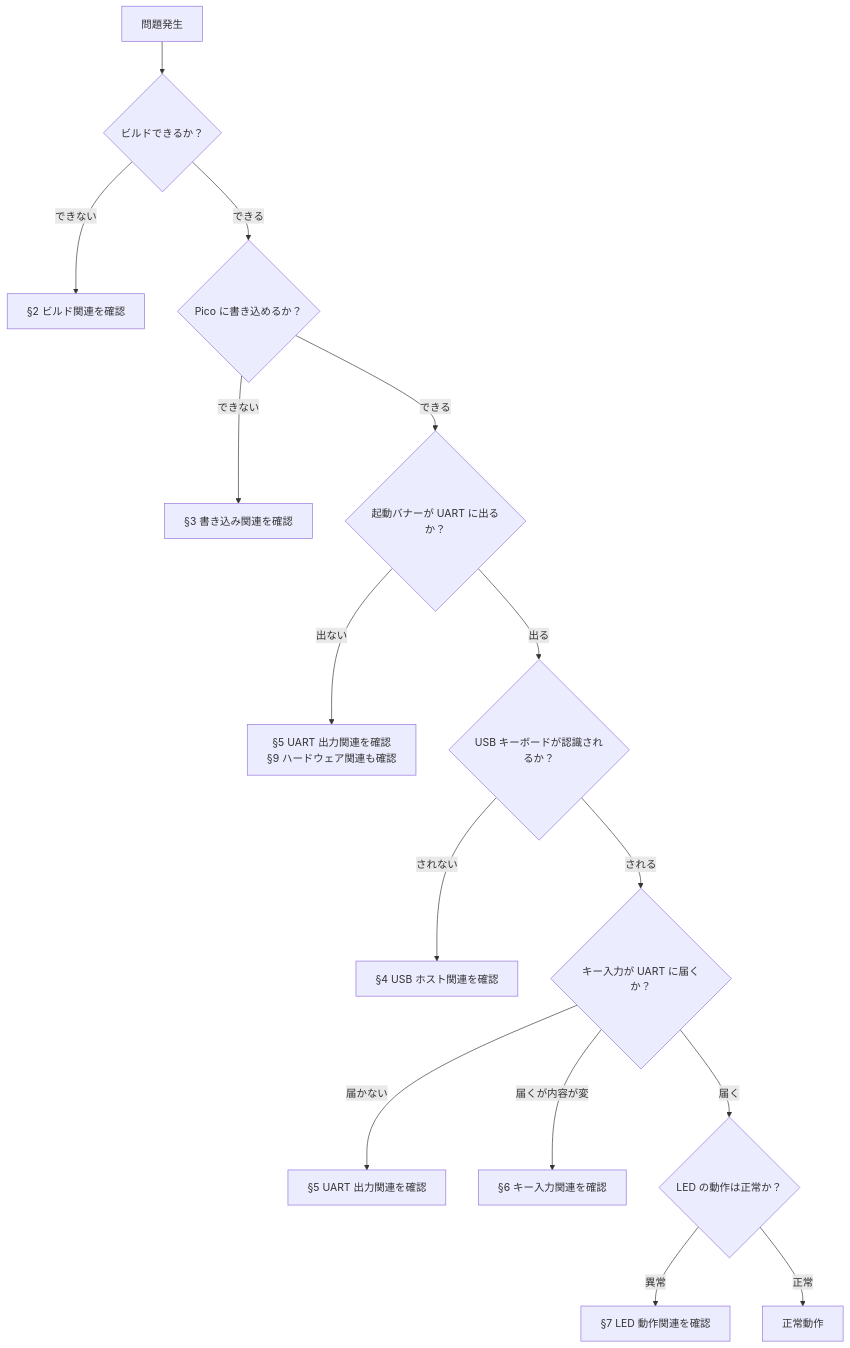
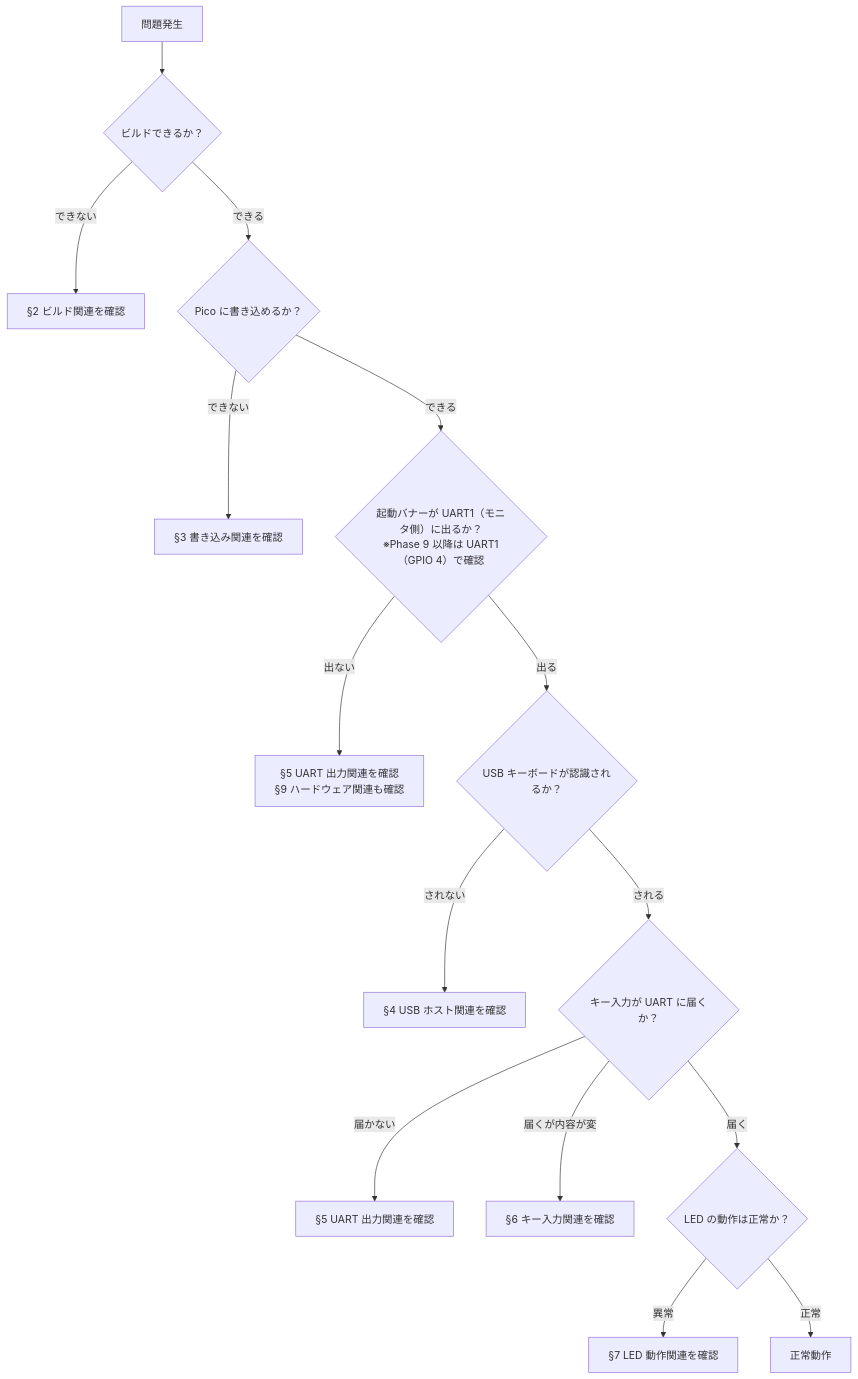
Before and after one commit to kuninet/KKBD-USB: the diagram in docs/manual/07_トラブルシューティング.md, drawn with Mermaid. The commit also changed other lines of this file and 19 other files, not shown here.

First line of the commit message:
Phase 9: UART モニタパススルー + ログ振替 + ローカルエコー JP5

````diff
--- a/docs/manual/07_トラブルシューティング.md
+++ b/docs/manual/07_トラブルシューティング.md
@@ -31,17 +32,17 @@
 ```mermaid
 flowchart TD
     A[問題発生] --> B{ビルドできるか？}
     B -- できない --> C[§2 ビルド関連を確認]
     B -- できる --> D{Pico に書き込めるか？}
     D -- できない --> E[§3 書き込み関連を確認]
-    D -- できる --> F{起動バナーが UART に出るか？}
+    D -- できる --> F{"起動バナーが UART1（モニタ側）に出るか？<br/>※Phase 9 以降は UART1（GPIO 4）で確認"}
     F -- 出ない --> G[§5 UART 出力関連を確認<br>§9 ハードウェア関連も確認]
     F -- 出る --> H{USB キーボードが認識されるか？}
     H -- されない --> I[§4 USB ホスト関連を確認]
     H -- される --> J{キー入力が UART に届くか？}
     J -- 届かない --> K[§5 UART 出力関連を確認]
     J -- 届くが内容が変 --> L[§6 キー入力関連を確認]
     J -- 届く --> M{LED の動作は正常か？}
     M -- 異常 --> N[§7 LED 動作関連を確認]
     M -- 正常 --> O[正常動作]
 ```
````
